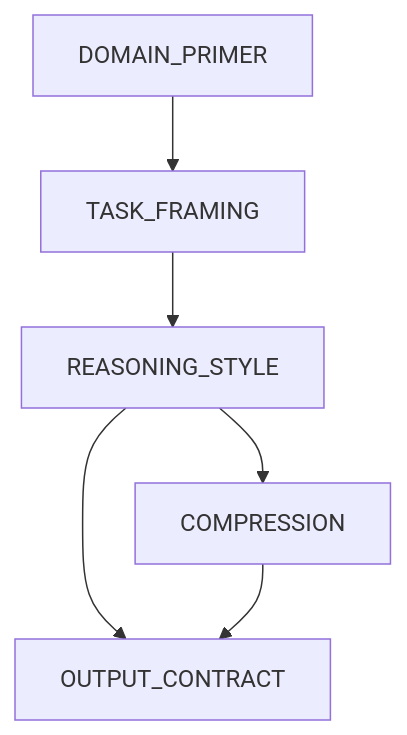
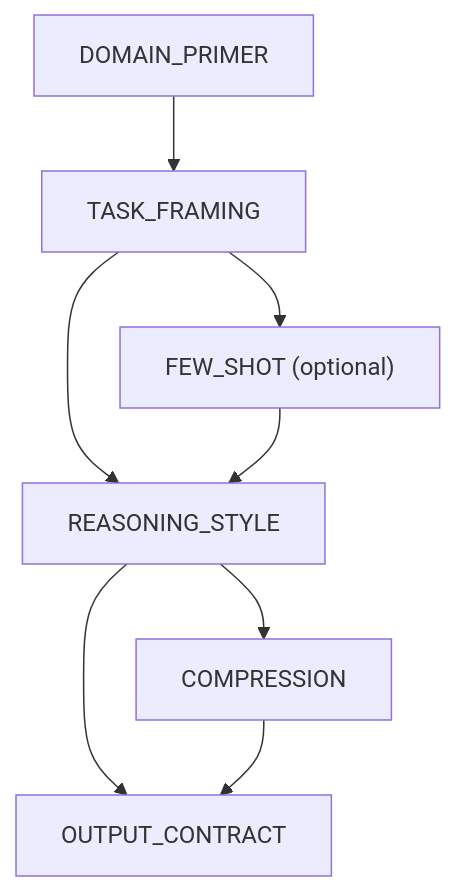
One commit to harshad317/PPG changed the second of 4 diagrams in README.md. Above: the diagram before and after it, drawn with Mermaid. The commit also changed other lines of this file and 4 other files, not shown here.

````diff
--- a/README.md
+++ b/README.md
@@ -126,8 +128,10 @@
 ```mermaid
 flowchart TD
     DP["DOMAIN_PRIMER"] --> TF["TASK_FRAMING"]
+    TF --> FS["FEW_SHOT (optional)"]
     TF --> RS["REASONING_STYLE"]
+    FS --> RS
     RS --> OC["OUTPUT_CONTRACT"]
     RS --> C["COMPRESSION"]
     C --> OC
 ```
````
